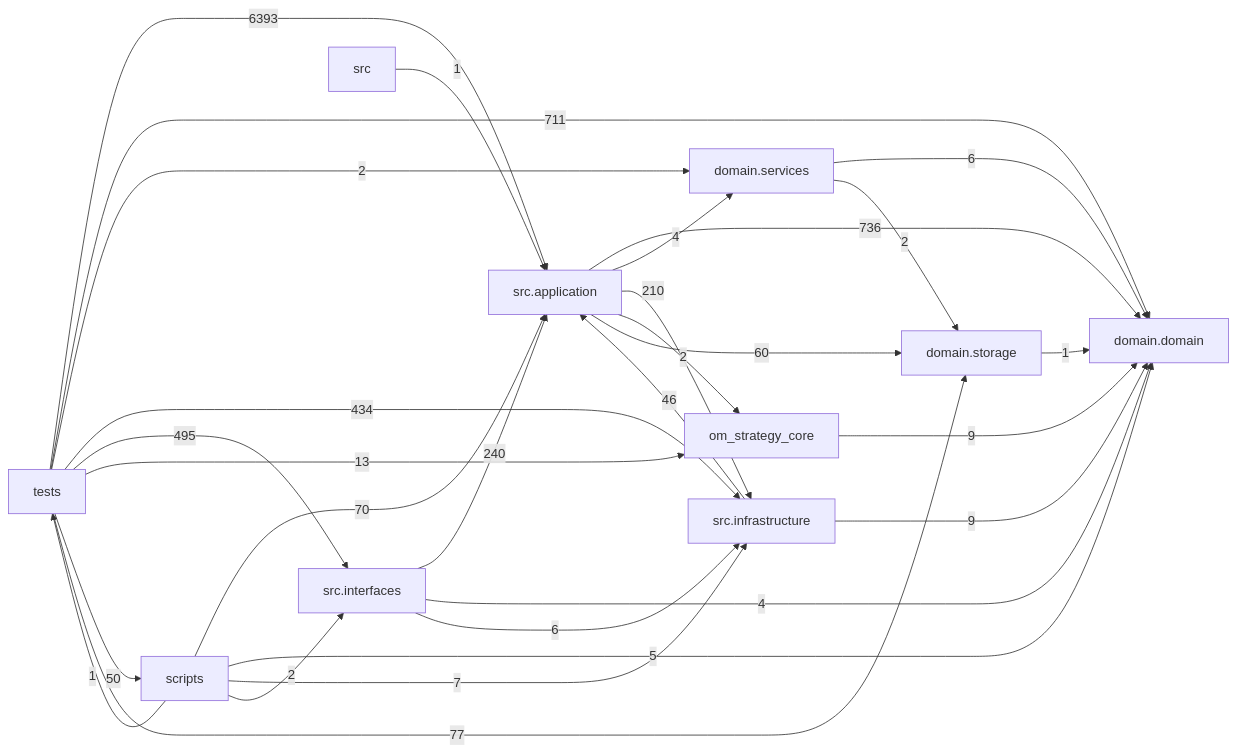
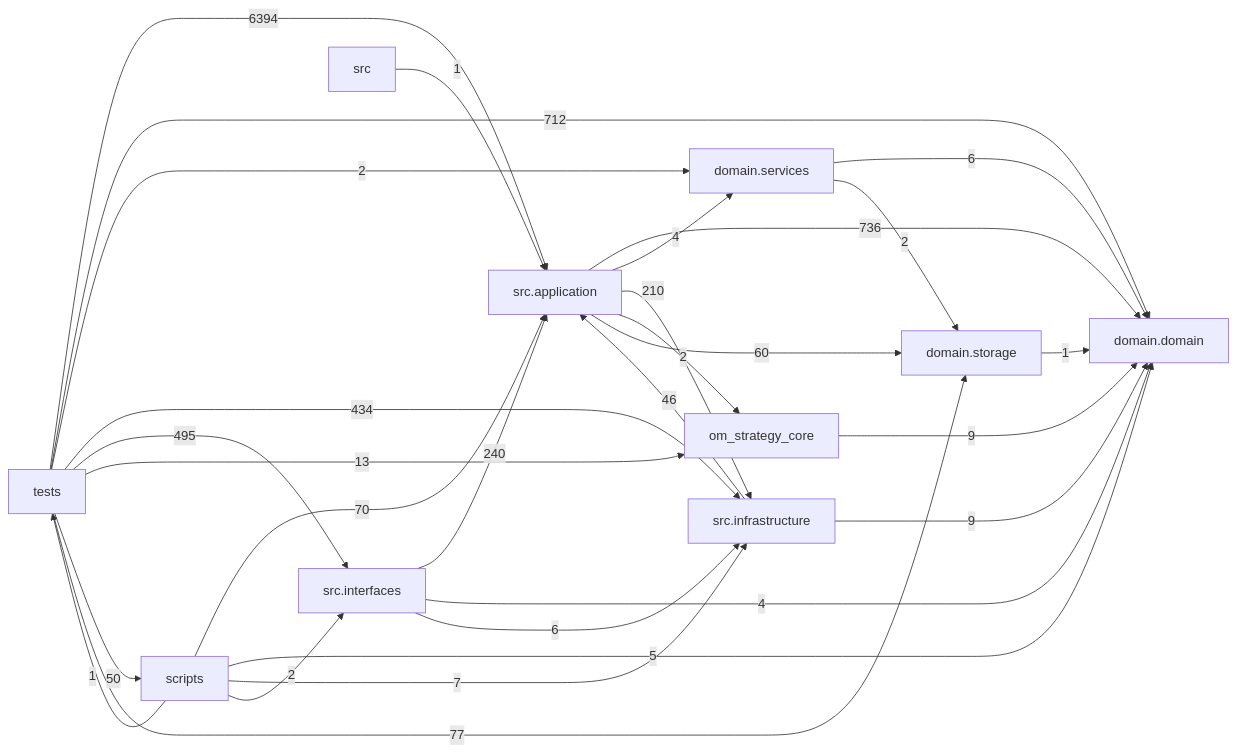
Before and after one commit to liuxie066/options-monitor: the diagram in docs/DEPENDENCY_GRAPH.md, drawn with Mermaid. The commit also changed other lines of this file and 7 other files, not shown here.

````diff
--- a/docs/DEPENDENCY_GRAPH.md
+++ b/docs/DEPENDENCY_GRAPH.md
@@ -24,39 +24,39 @@
 ```mermaid
 flowchart LR
   tests["tests"]
   scripts["scripts"]
   interfaces["src.interfaces"]
   application["src.application"]
   infrastructure["src.infrastructure"]
   domain_services["domain.services"]
   domain["domain.domain"]
   storage["domain.storage"]
   application -->|736| domain
   application -->|4| domain_services
   application -->|210| infrastructure
   application -->|2| om_strategy_core
   application -->|60| storage
   domain_services -->|6| domain
   domain_services -->|2| storage
   infrastructure -->|46| application
   infrastructure -->|9| domain
   interfaces -->|240| application
   interfaces -->|4| domain
   interfaces -->|6| infrastructure
   om_strategy_core -->|9| domain
   scripts -->|70| application
   scripts -->|5| domain
   scripts -->|7| infrastructure
   scripts -->|2| interfaces
   scripts -->|1| tests
   src -->|1| application
   storage -->|1| domain
-  tests -->|6393| application
-  tests -->|711| domain
+  tests -->|6394| application
+  tests -->|712| domain
   tests -->|2| domain_services
   tests -->|434| infrastructure
   tests -->|495| interfaces
   tests -->|13| om_strategy_core
   tests -->|50| scripts
   tests -->|77| storage
 ```
````
